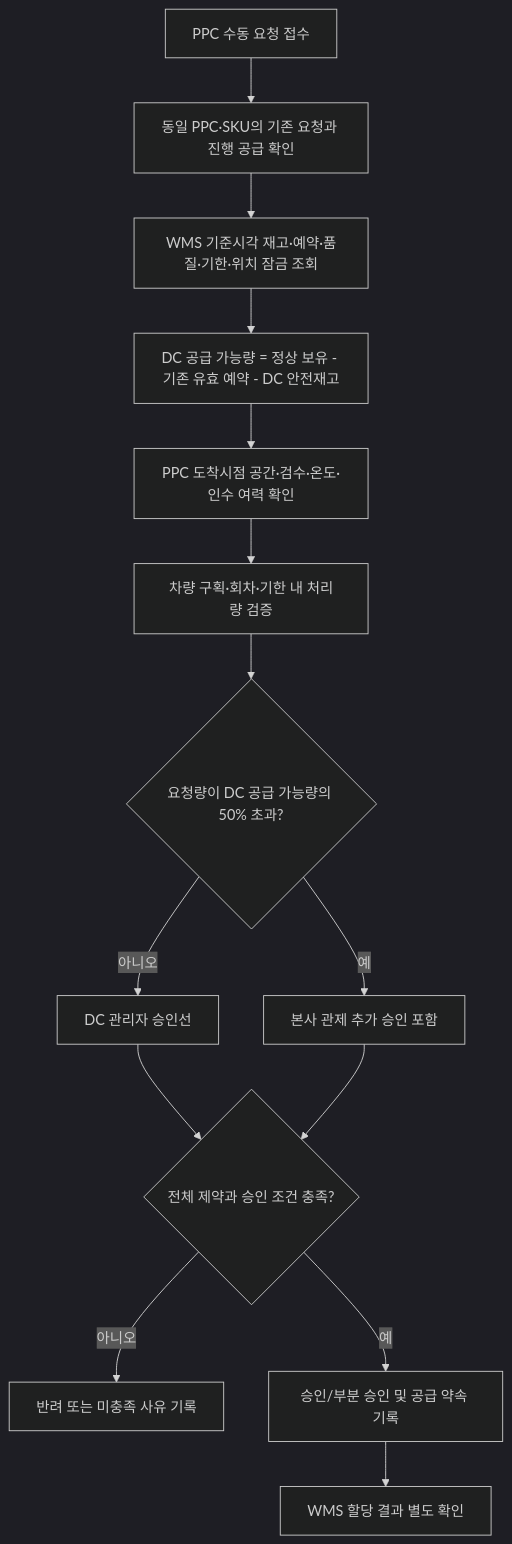
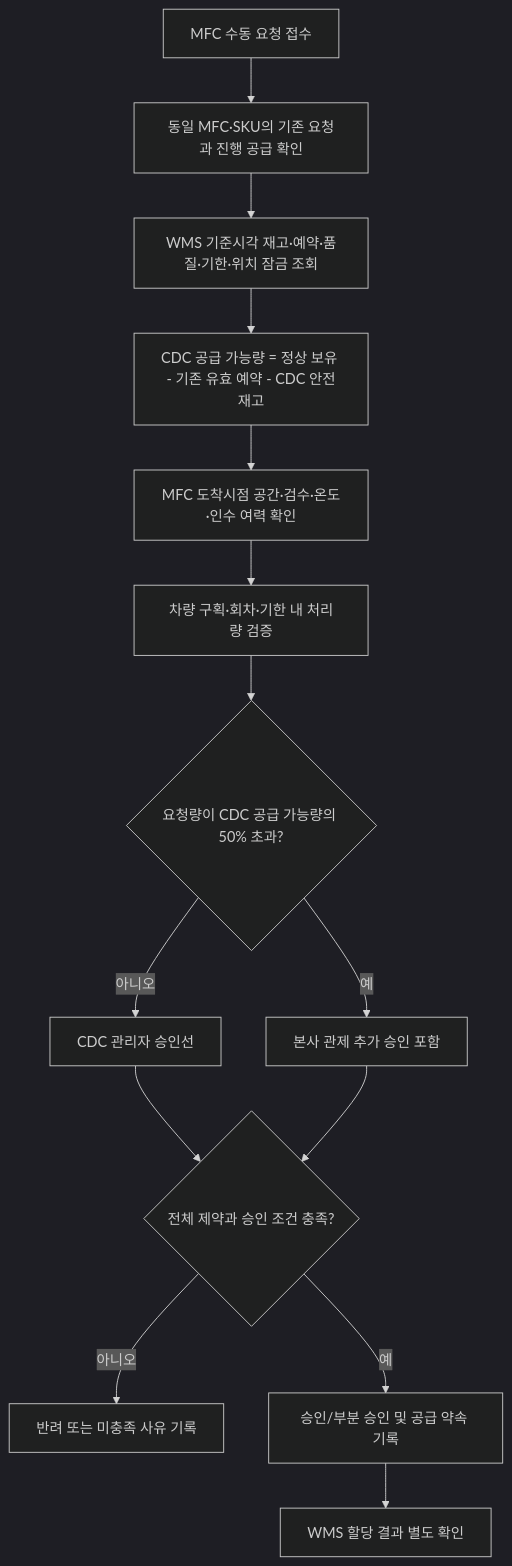
Before and after one commit to hsoh-collab/bmart-analysis: the sixth of 8 diagrams in 03. v1-Logistics/TMS-SCM/SCM-Replenishment-business-logic-diagrams.md, drawn with Mermaid (dark theme). The commit also changed other lines of this file and 3 other files, not shown here.

````diff
--- a/03. v1-Logistics/TMS-SCM/SCM-Replenishment-business-logic-diagrams.md
+++ b/03. v1-Logistics/TMS-SCM/SCM-Replenishment-business-logic-diagrams.md
@@ -179,23 +179,23 @@
 ```mermaid
 flowchart TD
-    A[PPC 수동 요청 접수]
-    B[동일 PPC·SKU의 기존 요청과 진행 공급 확인]
+    A[MFC 수동 요청 접수]
+    B[동일 MFC·SKU의 기존 요청과 진행 공급 확인]
     C[WMS 기준시각 재고·예약·품질·기한·위치 잠금 조회]
-    D[DC 공급 가능량 = 정상 보유 - 기존 유효 예약 - DC 안전재고]
-    E[PPC 도착시점 공간·검수·온도·인수 여력 확인]
+    D[CDC 공급 가능량 = 정상 보유 - 기존 유효 예약 - CDC 안전재고]
+    E[MFC 도착시점 공간·검수·온도·인수 여력 확인]
     F[차량 구획·회차·기한 내 처리량 검증]
-    G{요청량이 DC 공급 가능량의 50% 초과?}
-    H[DC 관리자 승인선]
+    G{요청량이 CDC 공급 가능량의 50% 초과?}
+    H[CDC 관리자 승인선]
     I[본사 관제 추가 승인 포함]
     J{전체 제약과 승인 조건 충족?}
     K[반려 또는 미충족 사유 기록]
     L[승인/부분 승인 및 공급 약속 기록]
     M[WMS 할당 결과 별도 확인]
     A --> B --> C --> D --> E --> F --> G
     G -- 아니오 --> H
     G -- 예 --> I
     H --> J
     I --> J
     J -- 아니오 --> K
     J -- 예 --> L --> M
 ```
````
